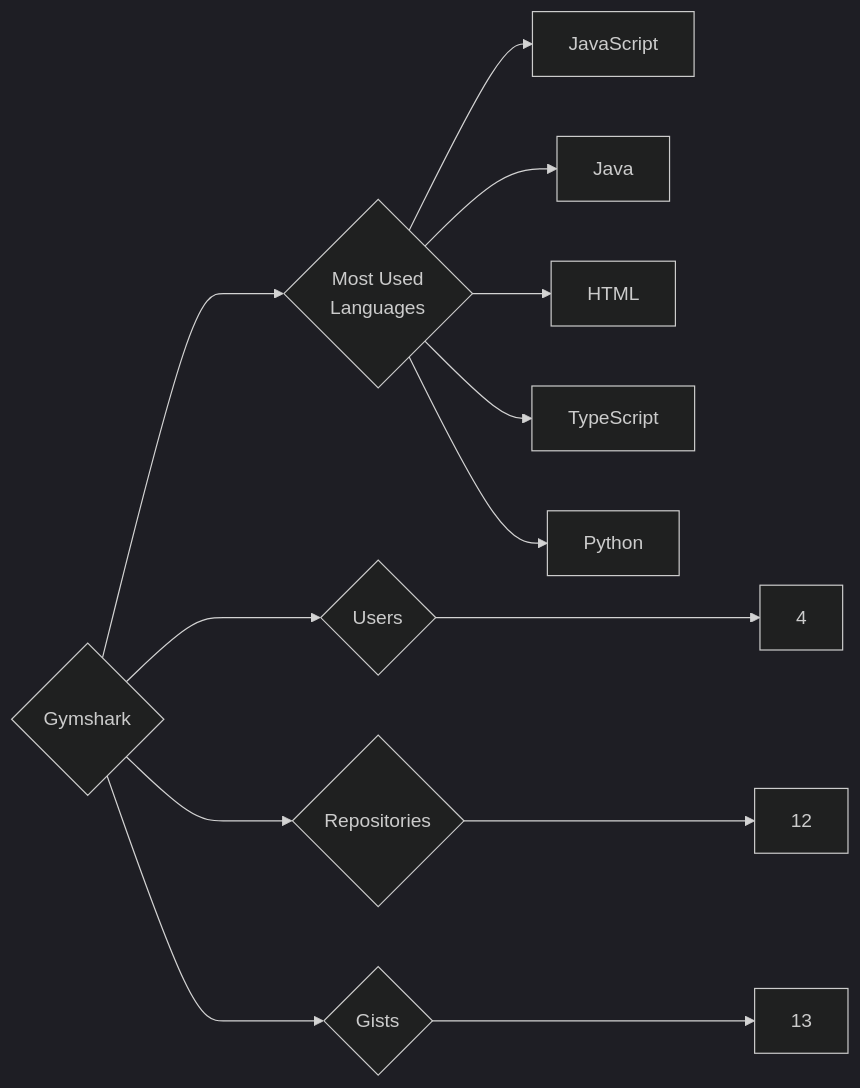
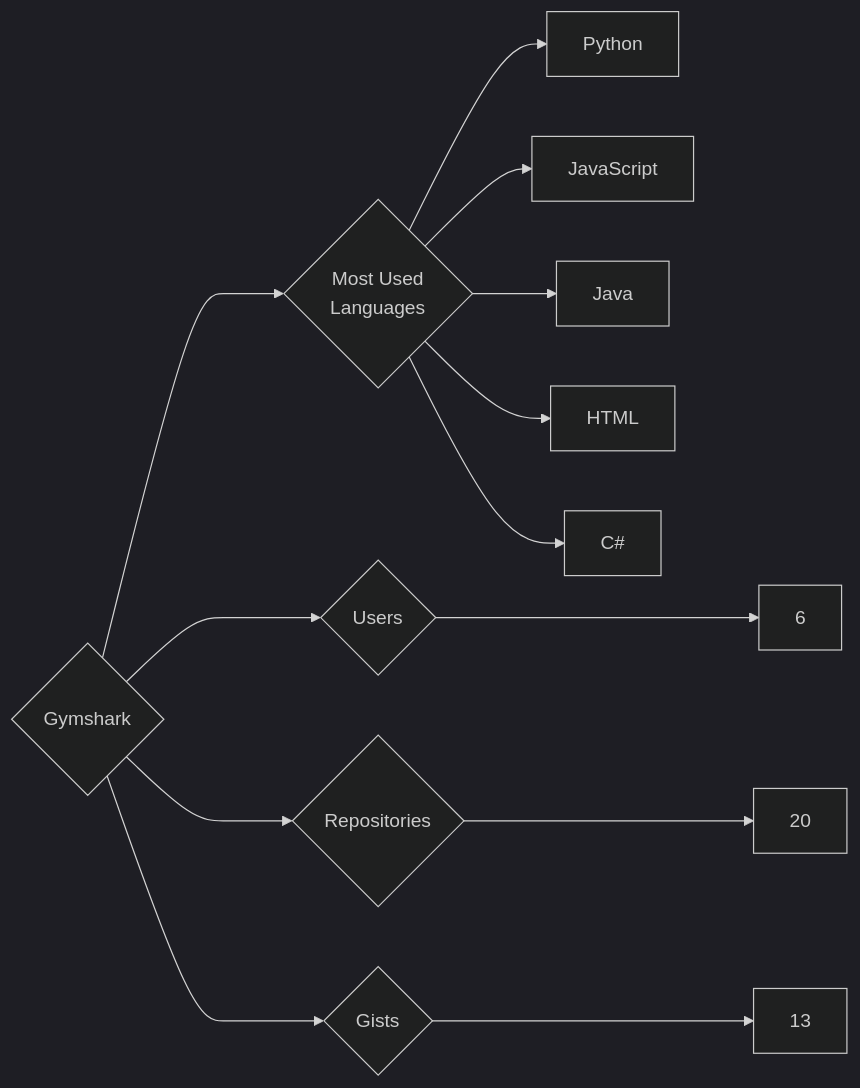
Before and after one commit to trickest/insiders: the diagram in targets/Gymshark/README.md, drawn with Mermaid (dark theme). The commit also changed 1023 other files, not shown here.

````diff
--- a/targets/Gymshark/README.md
+++ b/targets/Gymshark/README.md
@@ -3,13 +3,13 @@
 ```mermaid
 graph LR
 COMPANY_NAME{Gymshark}
-COMPANY_NAME ---> U{Users} ---> UN[4]
-COMPANY_NAME ---> R{Repositories} ---> RN[12]
+COMPANY_NAME ---> U{Users} ---> UN[6]
+COMPANY_NAME ---> R{Repositories} ---> RN[20]
 COMPANY_NAME ---> G{Gists} ---> GN[13]
 COMPANY_NAME ---> ML{Most Used<br>Languages}
+ML --> Python[Python]
 ML --> JavaScript[JavaScript]
 ML --> Java[Java]
 ML --> HTML[HTML]
-ML --> TypeScript[TypeScript]
-ML --> Python[Python]
+ML --> C#[C#]
 ```
````
